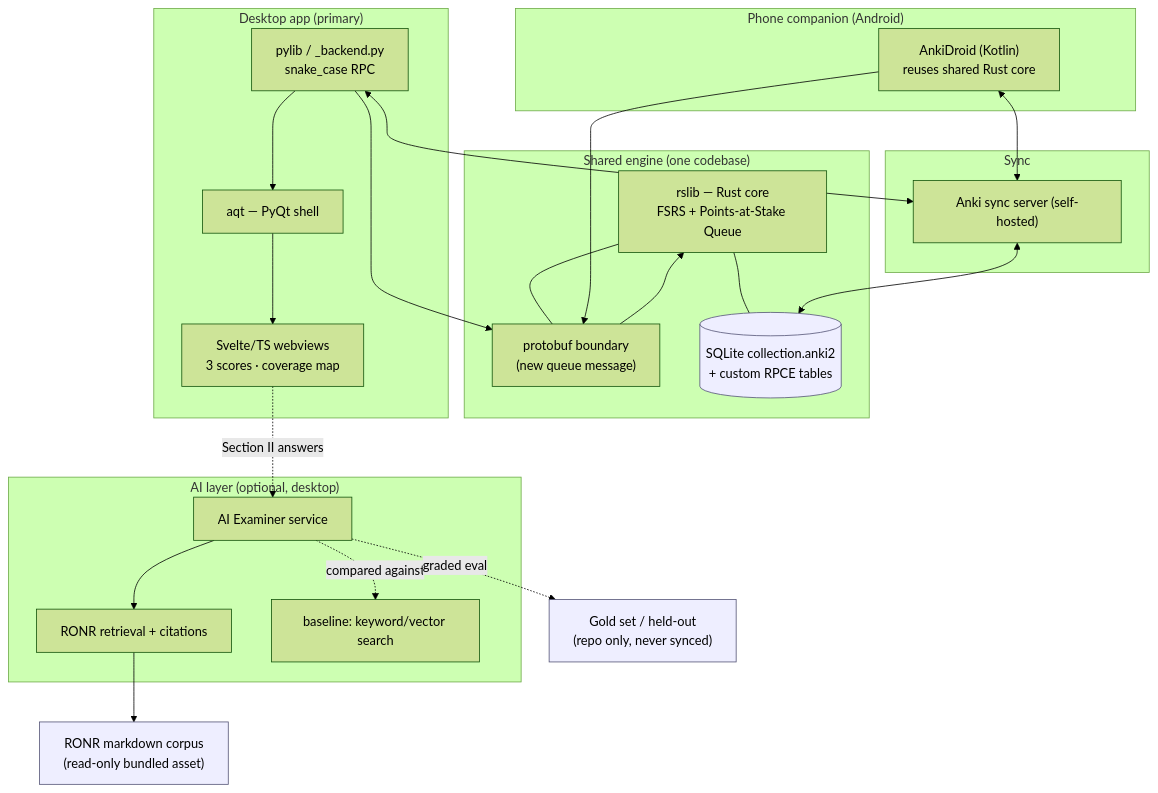
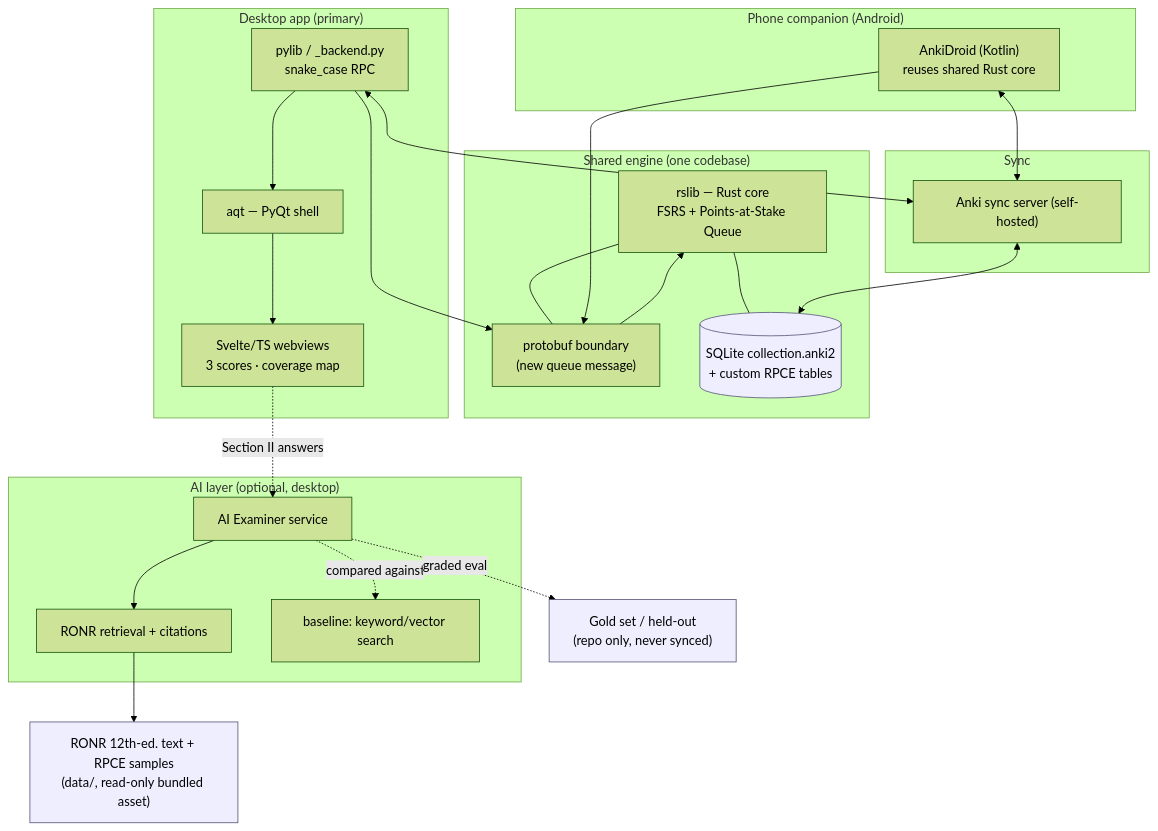
The diagram in docs/rpce/PRD.md (1624252/anki-rpce), drawn with Mermaid (forest theme) before and after one commit. The commit also changed other lines of this file, not shown here.

First line of the commit message:
docs: ground AI specifically in transcribed RONR 12th ed. + data samples

````diff
--- a/docs/rpce/PRD.md
+++ b/docs/rpce/PRD.md
@@ -268,51 +268,51 @@
 ```mermaid
 flowchart TB
   subgraph Shared["Shared engine (one codebase)"]
     rust["rslib — Rust core<br/>FSRS + Points-at-Stake Queue"]
     proto["protobuf boundary<br/>(new queue message)"]
     db[("SQLite collection.anki2<br/>+ custom RPCE tables")]
     rust --- proto
     rust --- db
   end
 
   subgraph Desktop["Desktop app (primary)"]
     pylib["pylib / _backend.py<br/>snake_case RPC"]
     aqt["aqt — PyQt shell"]
     svelte["Svelte/TS webviews<br/>3 scores · coverage map"]
     pylib --> aqt --> svelte
   end
 
   subgraph Mobile["Phone companion (Android)"]
     droid["AnkiDroid (Kotlin)<br/>reuses shared Rust core"]
   end
 
   subgraph AI["AI layer (optional, desktop)"]
     examiner["AI Examiner service"]
     retr["RONR retrieval + citations"]
     base["baseline: keyword/vector search"]
     examiner --> retr
     examiner -. compared against .-> base
   end
 
   subgraph Sync["Sync"]
     syncsrv["Anki sync server (self-hosted)"]
   end
 
-  corpus["RONR markdown corpus<br/>(read-only bundled asset)"]
+  corpus["RONR 12th-ed. text + RPCE samples<br/>(data/, read-only bundled asset)"]
   eval["Gold set / held-out<br/>(repo only, never synced)"]
 
   pylib --> proto
   droid --> proto
   proto --> rust
 
   svelte -. Section II answers .-> examiner
   retr --> corpus
   examiner -. graded eval .-> eval
 
   pylib <--> syncsrv
   droid <--> syncsrv
   syncsrv <--> db
 
   classDef store fill:#eef,stroke:#557;
   class db,corpus,eval store;
 ```
````
